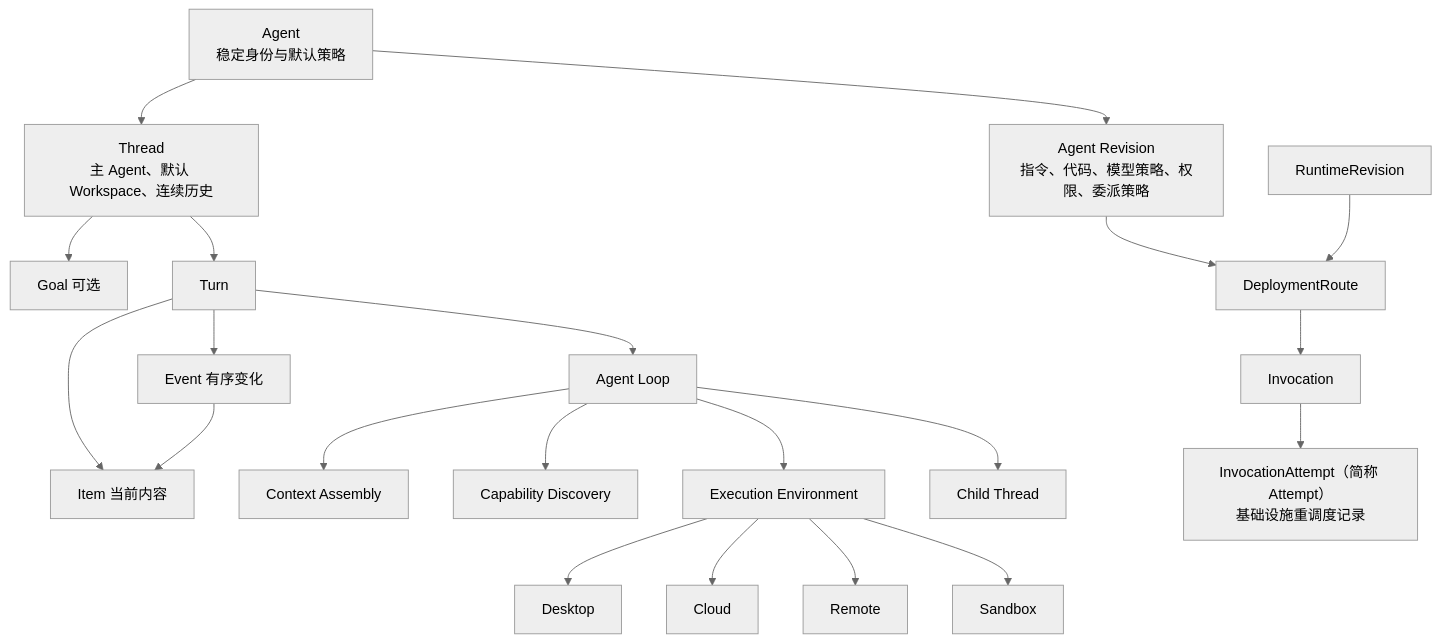
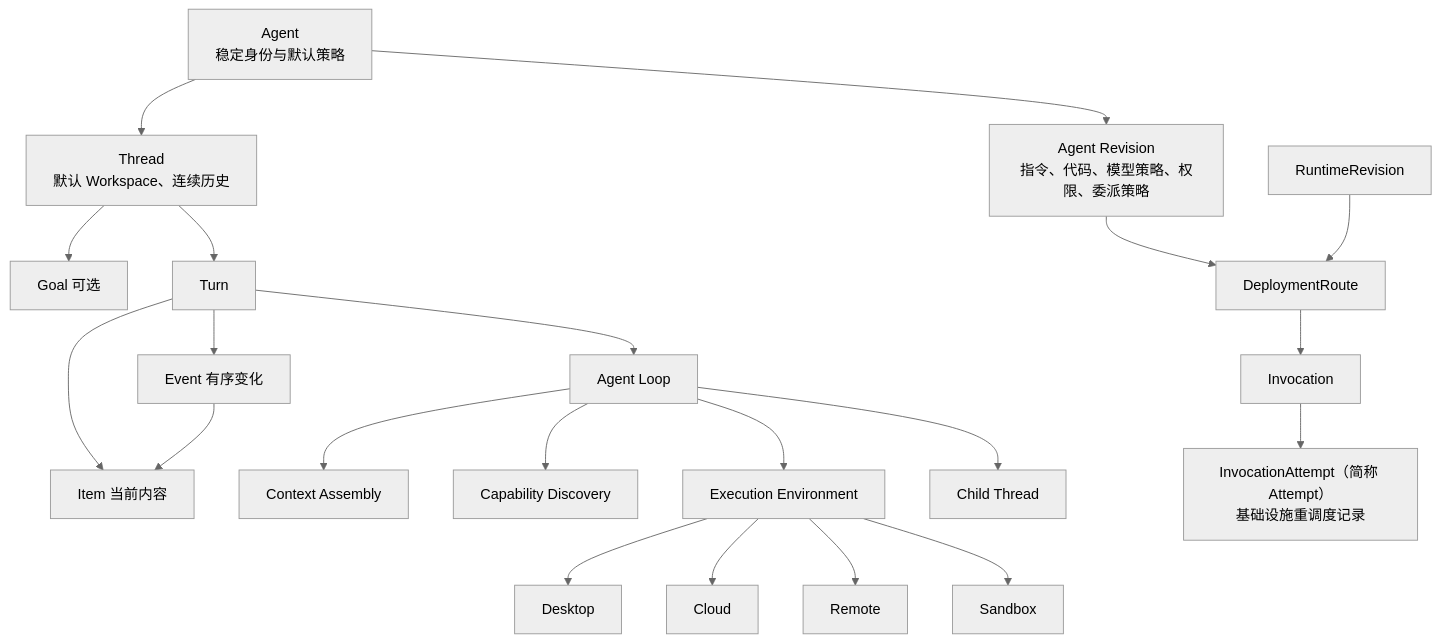
The first of 3 diagrams in docs/architecture/agent-control-plane.md (XZY-Free/harness), drawn with Mermaid (neutral theme) before and after one commit. The commit also changed other lines of this file and 11 other files, not shown here.

```diff
--- a/docs/architecture/agent-control-plane.md
+++ b/docs/architecture/agent-control-plane.md
@@ -5,23 +5,23 @@
 ~~~mermaid
 flowchart TB
   Agent["Agent<br/>稳定身份与默认策略"] --> Revision["Agent Revision<br/>指令、代码、模型策略、权限、委派策略"]
-  Agent --> Thread["Thread<br/>主 Agent、默认 Workspace、连续历史"]
+  Agent --> Thread["Thread<br/>默认 Workspace、连续历史"]
   Thread --> Goal["Goal 可选"]
   Thread --> Turn["Turn"]
   Turn --> Item["Item 当前内容"]
   Turn --> Event["Event 有序变化"]
   Event --> Item
   Turn --> Loop["Agent Loop"]
   Loop --> Context["Context Assembly"]
   Loop --> Capability["Capability Discovery"]
   Loop --> Environment["Execution Environment"]
   Loop --> Child["Child Thread"]
   Revision --> Route["DeploymentRoute"]
   RuntimeRevision["RuntimeRevision"] --> Route
   Route --> Invocation["Invocation"]
   Invocation --> Attempt["InvocationAttempt（简称 Attempt）<br/>基础设施重调度记录"]
   Environment --> Desktop["Desktop"]
   Environment --> Cloud["Cloud"]
   Environment --> Remote["Remote"]
   Environment --> Sandbox["Sandbox"]
 ~~~
```
